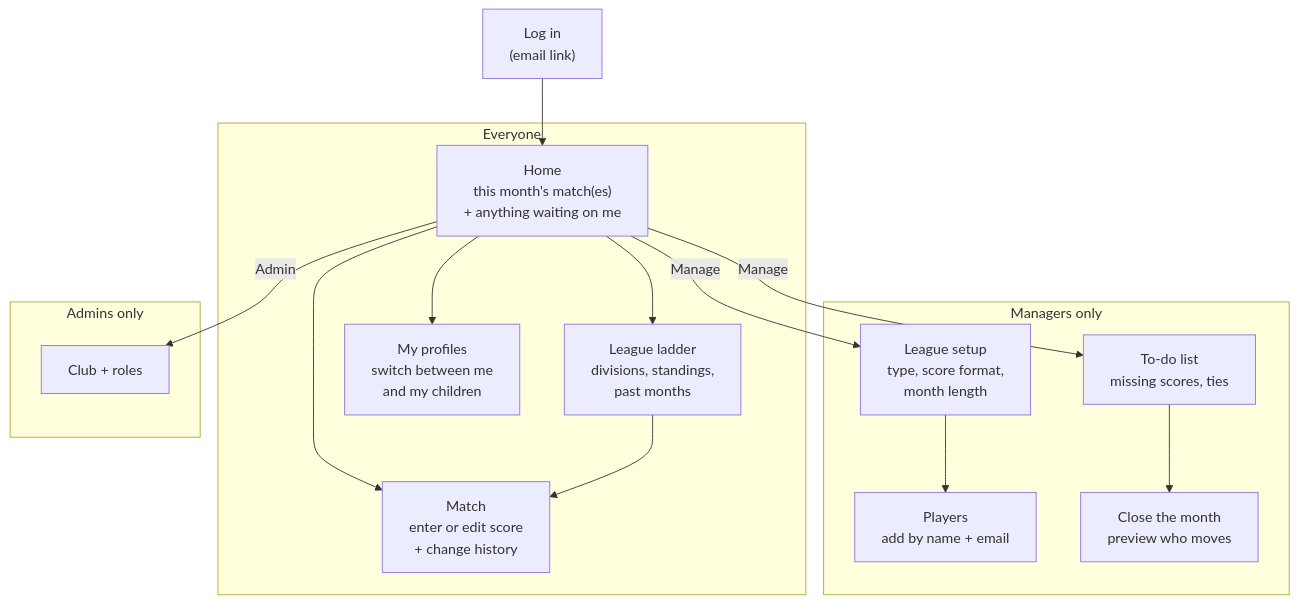
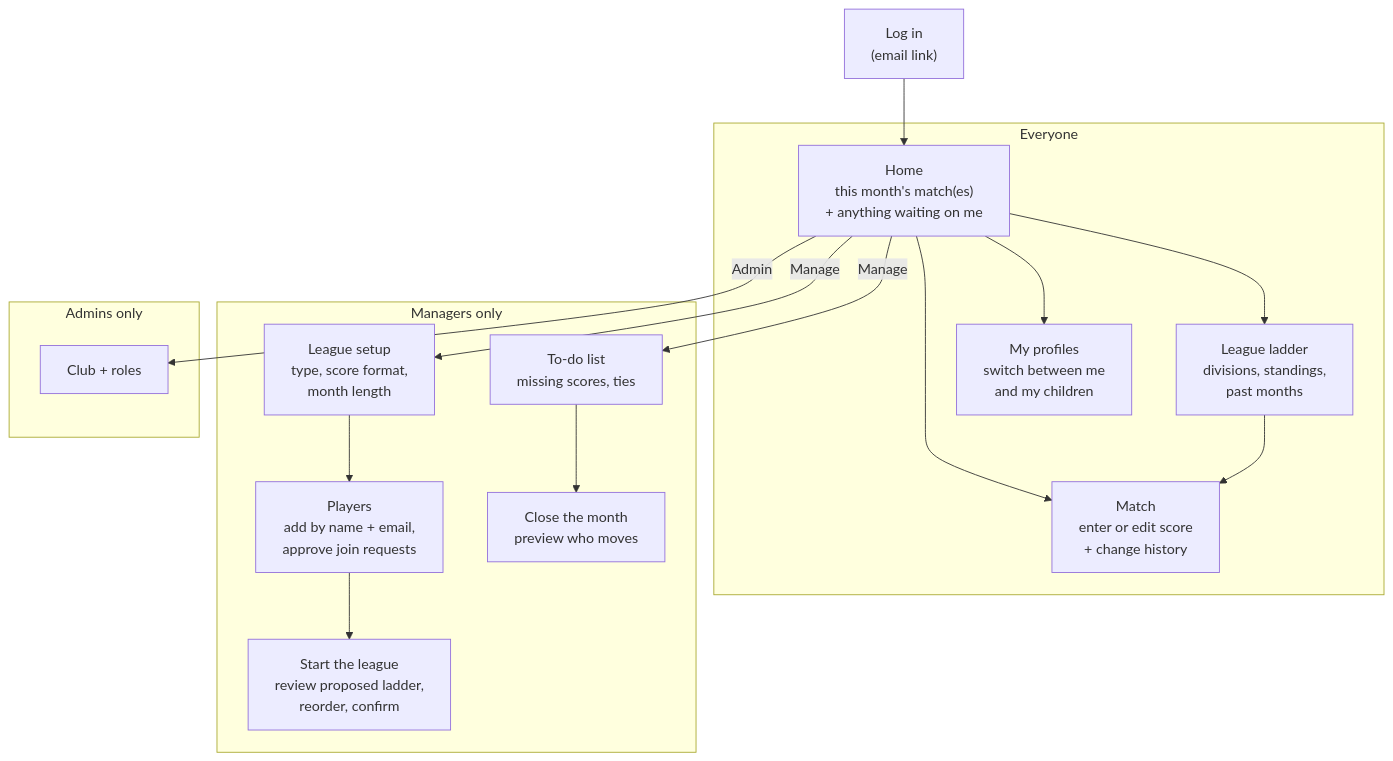
The second of 6 diagrams in docs/phase-1-score-collection.md (l1em1on1/social-tennis), drawn with Mermaid before and after one commit. The commit also changed other lines of this file and 4 other files, not shown here.

First line of the commit message:
Phase 1 review: starting ladder, Foursomes cut, frontend foundation (ADR-0014) (#43)

````diff
--- a/docs/phase-1-score-collection.md
+++ b/docs/phase-1-score-collection.md
@@ -63,32 +63,34 @@
 ```mermaid
 flowchart TB
     LOGIN["Log in<br/>(email link)"] --> HOME
 
     subgraph PLAYER["Everyone"]
         HOME["Home<br/>this month's match(es)<br/>+ anything waiting on me"]
         MATCH["Match<br/>enter or edit score<br/>+ change history"]
         LADDER["League ladder<br/>divisions, standings,<br/>past months"]
         PROFILE["My profiles<br/>switch between me<br/>and my children"]
         HOME --> MATCH
         HOME --> LADDER
         LADDER --> MATCH
         HOME --> PROFILE
     end
 
     subgraph MANAGER["Managers only"]
         SETUP["League setup<br/>type, score format,<br/>month length"]
-        PLAYERS["Players<br/>add by name + email"]
+        PLAYERS["Players<br/>add by name + email,<br/>approve join requests"]
+        START["Start the league<br/>review proposed ladder,<br/>reorder, confirm"]
         TODO["To-do list<br/>missing scores, ties"]
         CLOSE["Close the month<br/>preview who moves"]
         SETUP --> PLAYERS
+        PLAYERS --> START
         TODO --> CLOSE
     end
 
     subgraph ADMIN["Admins only"]
         ROLES["Club + roles"]
     end
 
     HOME -- "Manage" --> TODO
     HOME -- "Manage" --> SETUP
     HOME -- "Admin" --> ROLES
 ```
````
